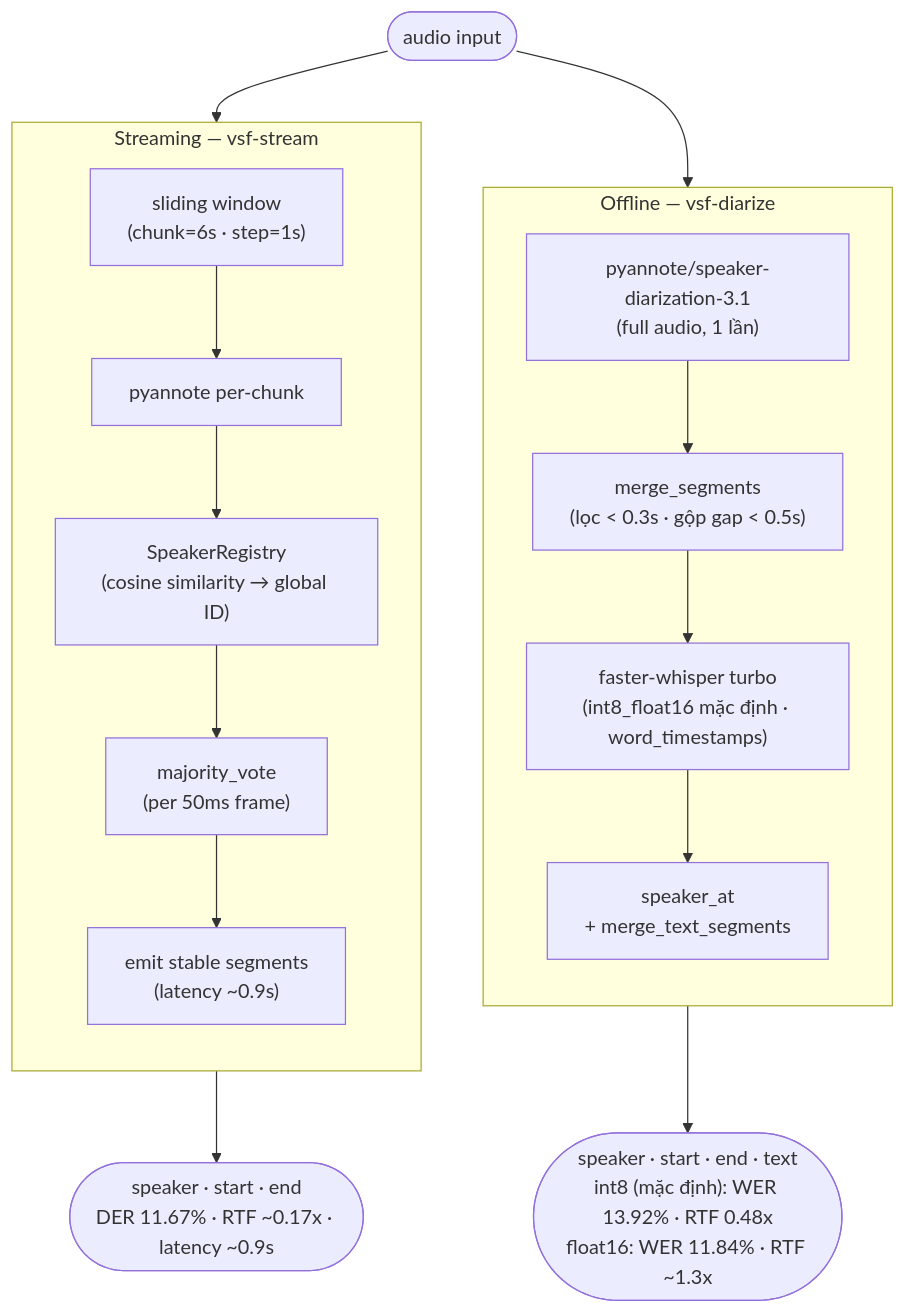
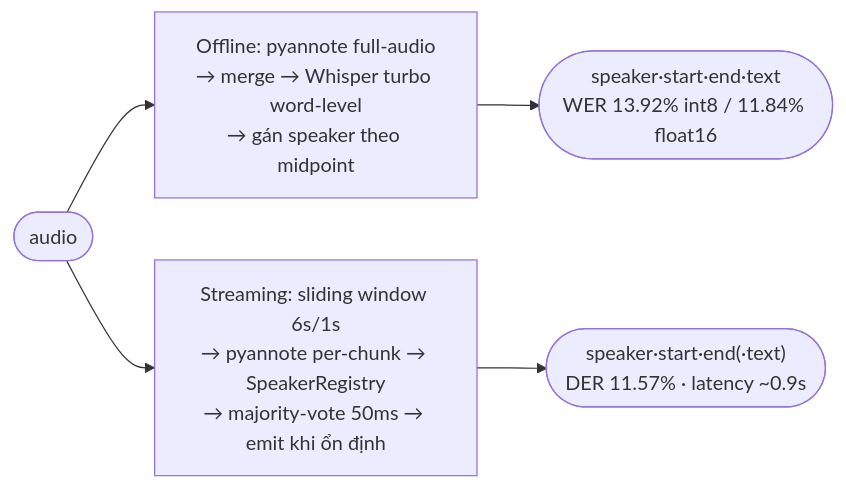
One commit to GolDDragon1702/vsf_diarization changed the diagram in README.md. Above: the diagram before and after it, drawn with Mermaid. The commit also changed other lines of this file and 1 other file, not shown here.

````diff
--- a/README.md
+++ b/README.md
@@ -275,31 +133,7 @@
 ```mermaid
-flowchart TD
-    INPUT([audio input])
-
-    subgraph OFF ["Offline — vsf-diarize"]
-        direction TB
-        O1["pyannote/speaker-diarization-3.1\n(full audio, 1 lần)"]
-        O2["merge_segments\n(lọc < 0.3s · gộp gap < 0.5s)"]
-        O3["faster-whisper turbo\n(int8_float16 mặc định · word_timestamps)"]
-        O4["speaker_at\n+ merge_text_segments"]
-        O1 --> O2 --> O3 --> O4
-    end
-
-    subgraph STR ["Streaming — vsf-stream"]
-        direction TB
-        S1["sliding window\n(chunk=6s · step=1s)"]
-        S2["pyannote per-chunk"]
-        S3["SpeakerRegistry\n(cosine similarity → global ID)"]
-        S4["majority_vote\n(per 50ms frame)"]
-        S5["emit stable segments\n(latency ~0.9s)"]
-        S1 --> S2 --> S3 --> S4 --> S5
-    end
-
-    OUT_OFF(["speaker · start · end · text\nint8 (mặc định): WER 13.92% · RTF 0.48x\nfloat16: WER 11.84% · RTF ~1.3x"])
-    OUT_STR(["speaker · start · end\nDER 11.67% · RTF ~0.17x · latency ~0.9s"])
-
-    INPUT --> O1
-    INPUT --> S1
-    O4 --> OUT_OFF
-    S5 --> OUT_STR
+flowchart LR
+    IN([audio]) --> OFF["Offline: pyannote full-audio\n→ merge → Whisper turbo word-level\n→ gán speaker theo midpoint"]
+    IN --> STR["Streaming: sliding window 6s/1s\n→ pyannote per-chunk → SpeakerRegistry\n→ majority-vote 50ms → emit khi ổn định"]
+    OFF --> O1(["speaker·start·end·text\nWER 13.92% int8 / 11.84% float16"])
+    STR --> O2(["speaker·start·end(·text)\nDER 11.57% · latency ~0.9s"])
 ```
````
